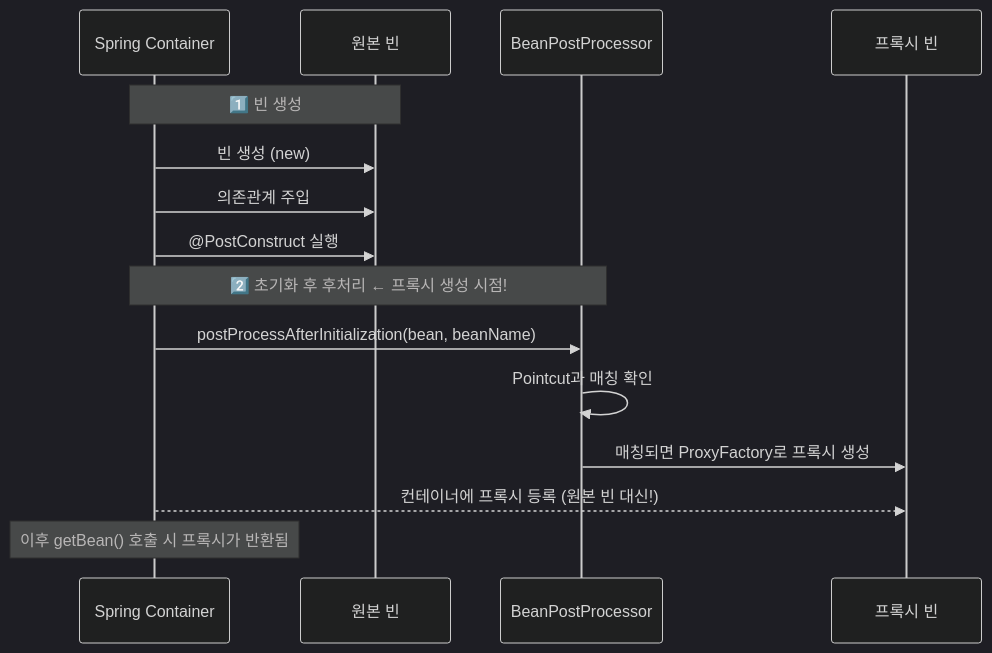
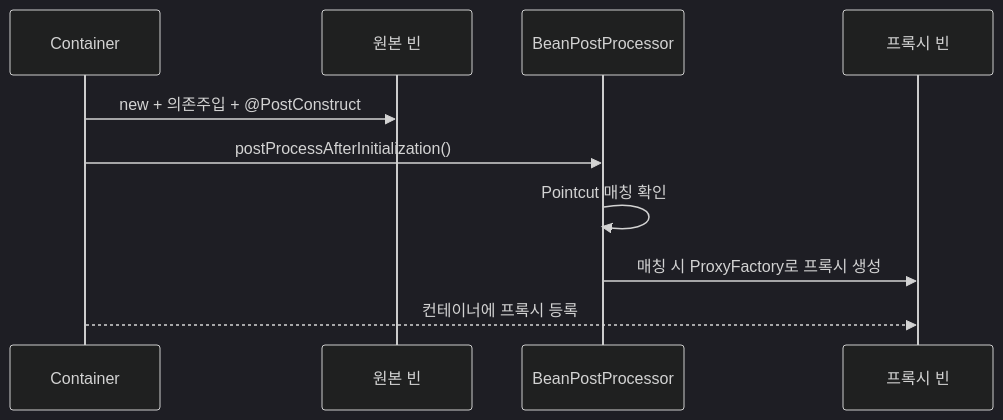
One commit to yjkim2015/yjkim2015.github.io changed the eighth of 11 diagrams in _posts/spring/2026-05-02-spring-core-advanced.md. Above: the diagram before and after it, drawn with Mermaid (dark theme). The commit also changed other lines of this file and 215 other files, not shown here.

First line of the commit message:
신규 포스트 10개 추가 + Mermaid 전면 축소 + SystemDesign 시리즈 보강

````diff
--- a/_posts/spring/2026-05-02-spring-core-advanced.md
+++ b/_posts/spring/2026-05-02-spring-core-advanced.md
@@ -541,20 +498,12 @@
 ```mermaid
 sequenceDiagram
-    participant C as Spring Container
+    participant C as Container
     participant O as 원본 빈
     participant BPP as BeanPostProcessor
     participant P as 프록시 빈
-
-    Note over C,O: 1️⃣ 빈 생성
-    C->>O: 빈 생성 (new)
-    C->>O: 의존관계 주입
-    C->>O: @PostConstruct 실행
-
-    Note over C,BPP: 2️⃣ 초기화 후 후처리 ← 프록시 생성 시점!
-    C->>BPP: postProcessAfterInitialization(bean, beanName)
-    BPP->>BPP: Pointcut과 매칭 확인
-    BPP->>P: 매칭되면 ProxyFactory로 프록시 생성
-    C-->>P: 컨테이너에 프록시 등록 (원본 빈 대신!)
-
-    Note over C: 이후 getBean() 호출 시 프록시가 반환됨
+    C->>O: new + 의존주입 + @PostConstruct
+    C->>BPP: postProcessAfterInitialization()
+    BPP->>BPP: Pointcut 매칭 확인
+    BPP->>P: 매칭 시 ProxyFactory로 프록시 생성
+    C-->>P: 컨테이너에 프록시 등록
 ```
````
